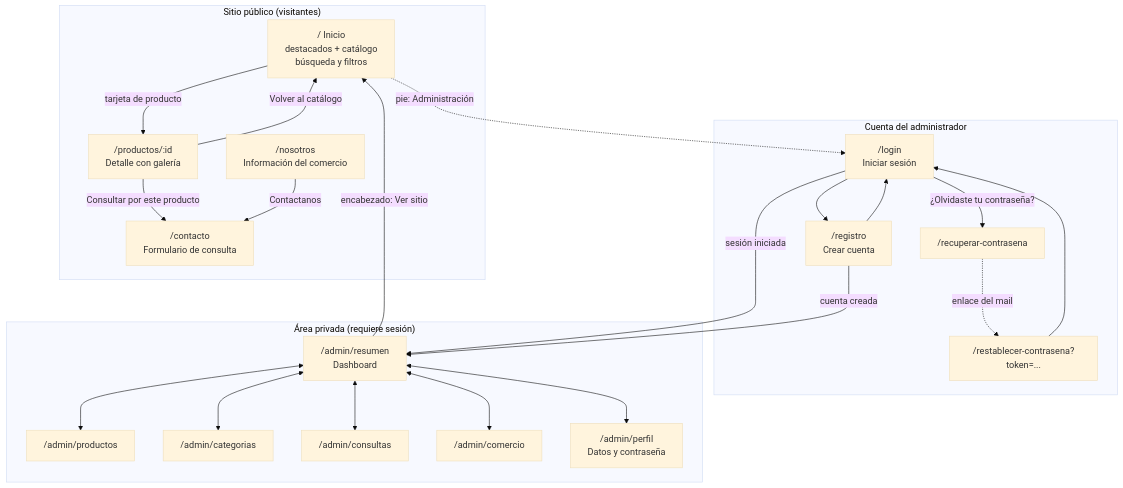
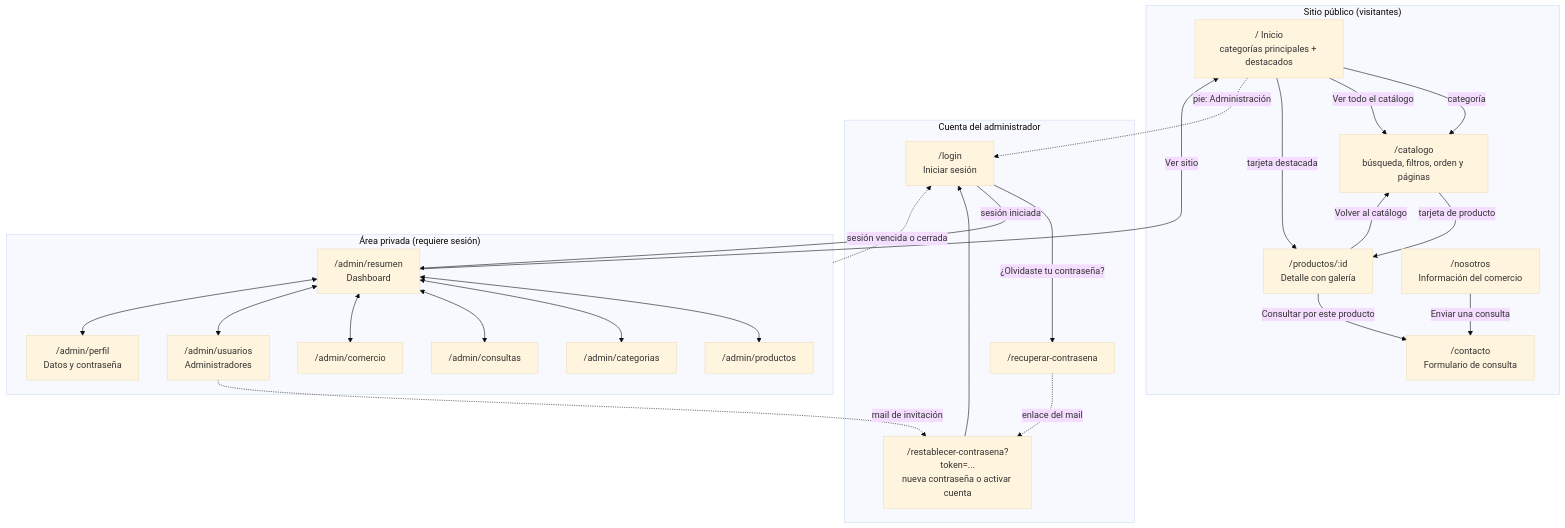
The diagram in docs/diagrama-de-navegacion.md (FranciscoMessina/tp-aplicaciones-interactivas), drawn with Mermaid (base theme) before and after one commit. The commit also changed other lines of this file and 71 other files, not shown here.

````diff
--- a/docs/diagrama-de-navegacion.md
+++ b/docs/diagrama-de-navegacion.md
@@ -8,46 +8,50 @@
 ```mermaid
 flowchart TD
     subgraph Publico["Sitio público (visitantes)"]
-        Inicio["/ Inicio<br/>destacados + catálogo<br/>búsqueda y filtros"]
+        Inicio["/ Inicio<br/>categorías principales + destacados"]
+        Catalogo["/catalogo<br/>búsqueda, filtros, orden y páginas"]
         Detalle["/productos/:id<br/>Detalle con galería"]
         Nosotros["/nosotros<br/>Información del comercio"]
         Contacto["/contacto<br/>Formulario de consulta"]
     end
 
     subgraph Cuenta["Cuenta del administrador"]
         Login["/login<br/>Iniciar sesión"]
-        Registro["/registro<br/>Crear cuenta"]
         Recuperar["/recuperar-contrasena"]
-        Restablecer["/restablecer-contrasena?token=..."]
+        Restablecer["/restablecer-contrasena?token=...<br/>nueva contraseña o activar cuenta"]
     end
 
     subgraph Panel["Área privada (requiere sesión)"]
         Resumen["/admin/resumen<br/>Dashboard"]
         Productos["/admin/productos"]
         Categorias["/admin/categorias"]
         Consultas["/admin/consultas"]
         Comercio["/admin/comercio"]
+        Usuarios["/admin/usuarios<br/>Administradores"]
         Perfil["/admin/perfil<br/>Datos y contraseña"]
     end
 
-    Inicio -->|tarjeta de producto| Detalle
+    Inicio -->|categoría| Catalogo
+    Inicio -->|Ver todo el catálogo| Catalogo
+    Inicio -->|tarjeta destacada| Detalle
+    Catalogo -->|tarjeta de producto| Detalle
+    Detalle -->|Volver al catálogo| Catalogo
     Detalle -->|Consultar por este producto| Contacto
-    Detalle -->|Volver al catálogo| Inicio
-    Nosotros -->|Contactanos| Contacto
+    Nosotros -->|Enviar una consulta| Contacto
 
     Inicio -.->|pie: Administración| Login
-    Login --> Registro
-    Registro --> Login
     Login -->|¿Olvidaste tu contraseña?| Recuperar
     Recuperar -.->|enlace del mail| Restablecer
+    Usuarios -.->|mail de invitación| Restablecer
     Restablecer --> Login
 
     Login -->|sesión iniciada| Resumen
-    Registro -->|cuenta creada| Resumen
     Resumen <--> Productos
     Resumen <--> Categorias
     Resumen <--> Consultas
     Resumen <--> Comercio
+    Resumen <--> Usuarios
     Resumen <--> Perfil
-    Resumen -->|encabezado: Ver sitio| Inicio
+    Resumen -->|Ver sitio| Inicio
+    Panel -.->|sesión vencida o cerrada| Login
 ```
````
